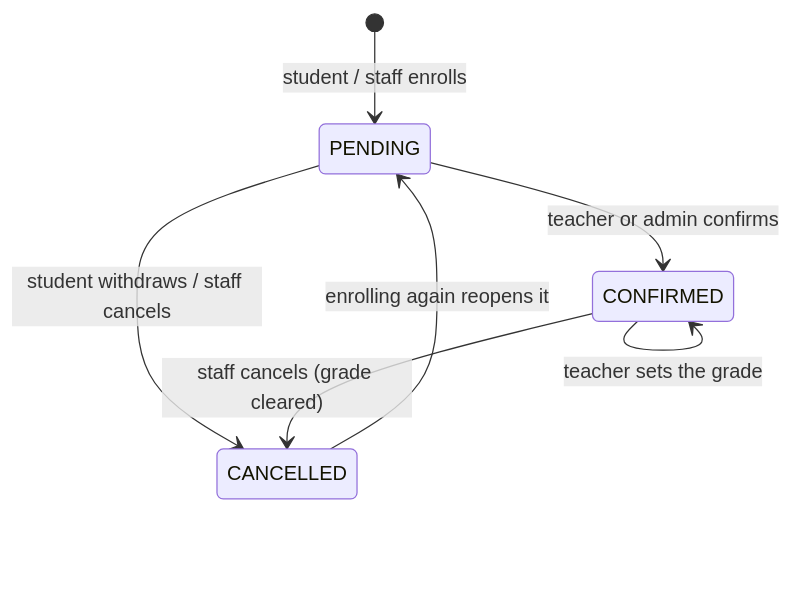
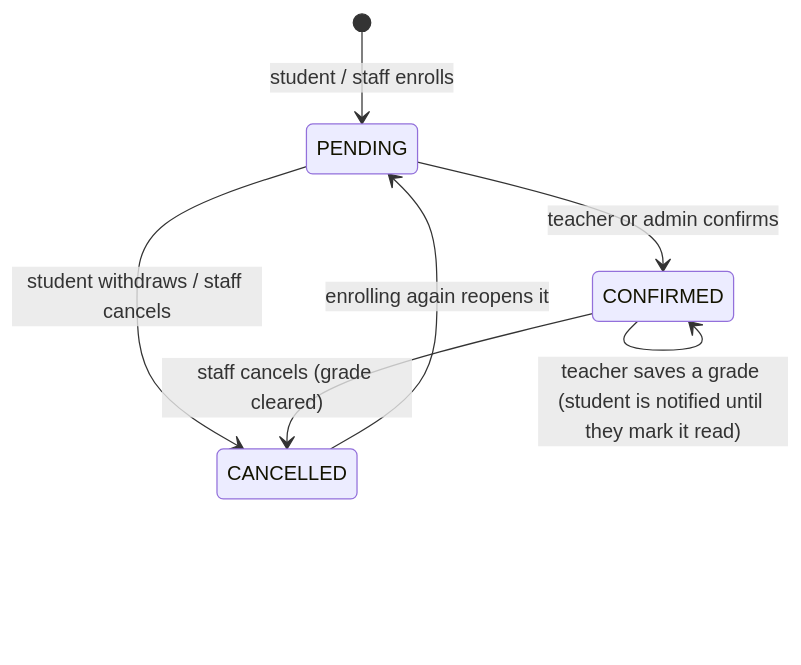
Before and after one commit to Rodolphe27/student-manager: the third of 3 diagrams in docs/ARCHITECTURE.md, drawn with Mermaid. The commit also changed other lines of this file and 19 other files, not shown here.

````diff
--- a/docs/ARCHITECTURE.md
+++ b/docs/ARCHITECTURE.md
@@ -72,9 +73,9 @@
 ```mermaid
 stateDiagram-v2
     [*] --> PENDING: student / staff enrolls
     PENDING --> CONFIRMED: teacher or admin confirms
     PENDING --> CANCELLED: student withdraws / staff cancels
     CONFIRMED --> CANCELLED: staff cancels (grade cleared)
     CANCELLED --> PENDING: enrolling again reopens it
-    CONFIRMED --> CONFIRMED: teacher sets the grade
+    CONFIRMED --> CONFIRMED: teacher saves a grade (student is notified until they mark it read)
 ```
````
